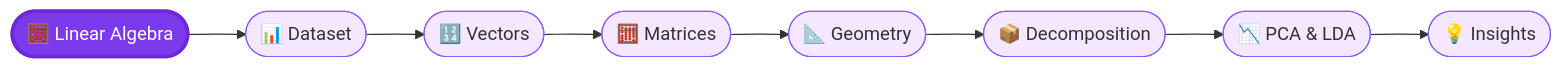
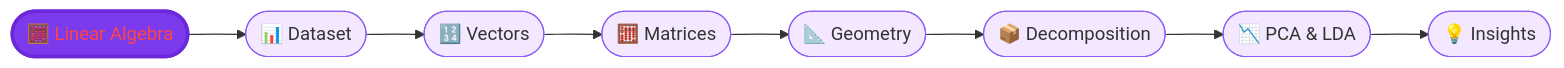
Before and after one commit to shrutiii87/Calculative-Foundation: the diagram in s.md, drawn with Mermaid.

````diff
--- a/s.md
+++ b/s.md
@@ -1,21 +1,21 @@
 ```mermaid
 flowchart LR
 
 A([🧮 Linear Algebra])
 --> B([📊 Dataset])
 --> C([🔢 Vectors])
 --> D([🧮 Matrices])
 --> E([📐 Geometry])
 --> F([📦 Decomposition])
 --> G([📉 PCA & LDA])
 --> H([💡 Insights])
 
-style A fill:#7C3AED,color:#fff,stroke:#6D28D9,stroke-width:3px
+style A fill:#7C3AED,color:#f44,stroke:#6D28D9,stroke-width:3px
 style B fill:#F3E8FF,stroke:#8B5CF6
 style C fill:#F3E8FF,stroke:#8B5CF6
 style D fill:#F3E8FF,stroke:#8B5CF6
 style E fill:#F3E8FF,stroke:#8B5CF6
 style F fill:#F3E8FF,stroke:#8B5CF6
 style G fill:#F3E8FF,stroke:#8B5CF6
 style H fill:#F3E8FF,stroke:#8B5CF6
 ```
````
